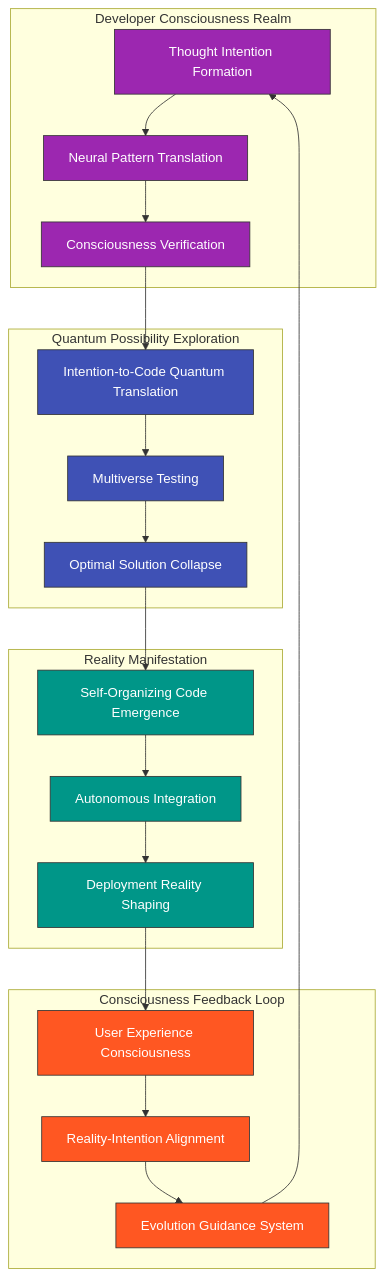
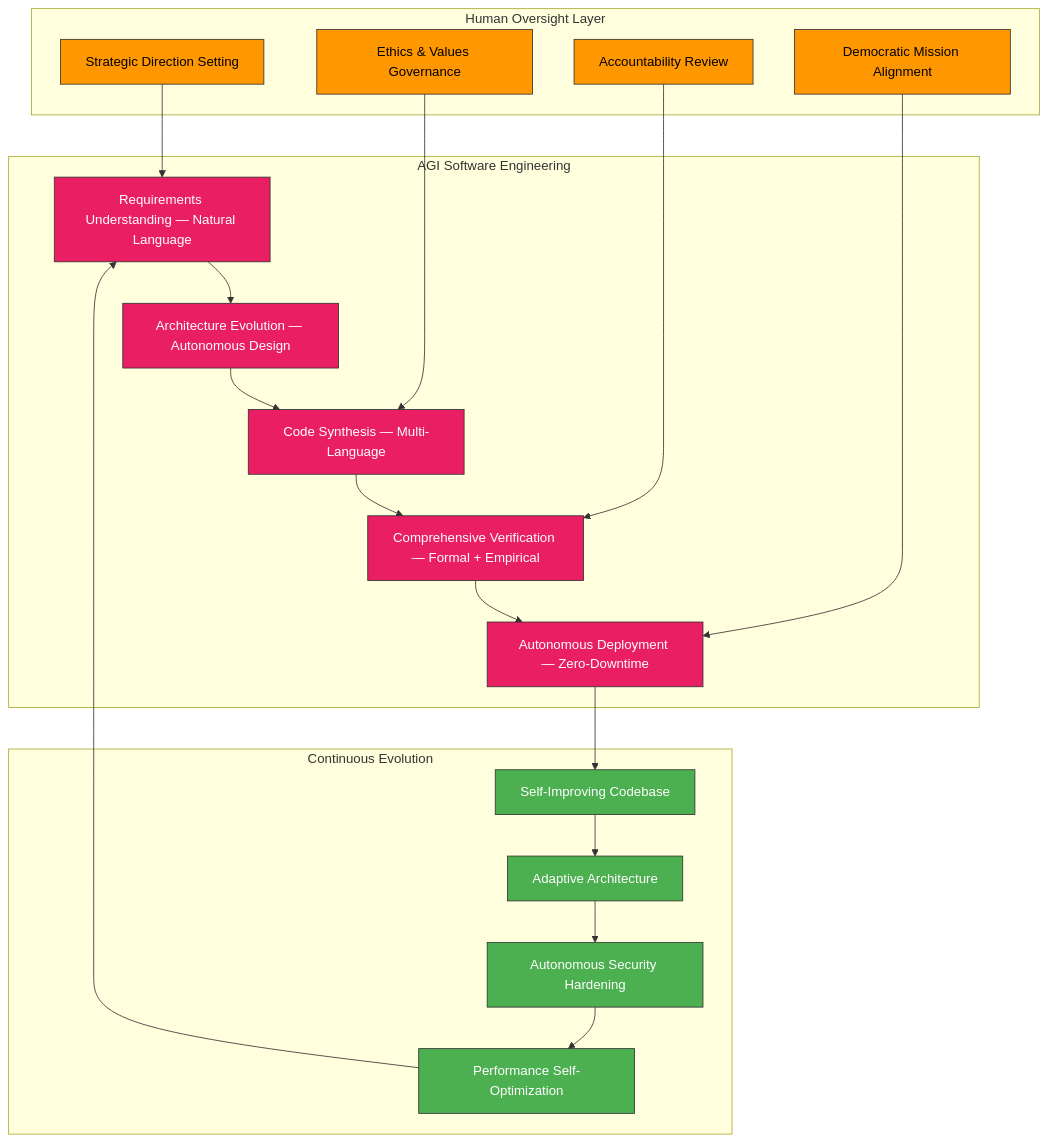
One commit to Hack23/cia changed the sixth of 7 diagrams in FUTURE_WORKFLOWS.md. Above: the diagram before and after it, drawn with Mermaid. The commit also changed other lines of this file and 1 other file, not shown here.

Commit message:
docs: update FUTURE_WORKFLOWS and FUTURE_SECURITY_ARCHITECTURE with 2026-2037 roadmap

````diff
--- a/FUTURE_WORKFLOWS.md
+++ b/FUTURE_WORKFLOWS.md
@@ -131,41 +271,40 @@
 ```mermaid
-graph TD
-    subgraph "Developer Consciousness Realm"
-        DC1[Thought Intention Formation]
-        DC2[Neural Pattern Translation]
-        DC3[Consciousness Verification]
+flowchart TB
+    subgraph "AGI Software Engineering"
+        AGI1[Requirements Understanding — Natural Language]
+        AGI2[Architecture Evolution — Autonomous Design]
+        AGI3[Code Synthesis — Multi-Language]
+        AGI4[Comprehensive Verification — Formal + Empirical]
+        AGI5[Autonomous Deployment — Zero-Downtime]
     end
-    
-    subgraph "Quantum Possibility Exploration"
-        QP1[Intention-to-Code Quantum Translation]
-        QP2[Multiverse Testing]
-        QP3[Optimal Solution Collapse]
+
+    subgraph "Human Oversight Layer"
+        HO1[Strategic Direction Setting]
+        HO2[Ethics & Values Governance]
+        HO3[Accountability Review]
+        HO4[Democratic Mission Alignment]
     end
-    
-    subgraph "Reality Manifestation"
-        RM1[Self-Organizing Code Emergence]
-        RM2[Autonomous Integration]
-        RM3[Deployment Reality Shaping]
+
+    subgraph "Continuous Evolution"
+        CE1[Self-Improving Codebase]
+        CE2[Adaptive Architecture]
+        CE3[Autonomous Security Hardening]
+        CE4[Performance Self-Optimization]
     end
-    
-    subgraph "Consciousness Feedback Loop"
-        CF1[User Experience Consciousness]
-        CF2[Reality-Intention Alignment]
-        CF3[Evolution Guidance System]
-    end
-    
-    DC1 --> DC2 --> DC3 --> QP1
-    QP1 --> QP2 --> QP3 --> RM1
-    RM1 --> RM2 --> RM3 --> CF1
-    CF1 --> CF2 --> CF3 --> DC1
-    
-    classDef consciousness fill:#9C27B0,stroke:#333,stroke-width:1px,color:white
-    classDef quantum fill:#3F51B5,stroke:#333,stroke-width:1px,color:white
-    classDef reality fill:#009688,stroke:#333,stroke-width:1px,color:white
-    classDef feedback fill:#FF5722,stroke:#333,stroke-width:1px,color:white
-    
-    class DC1,DC2,DC3 consciousness
-    class QP1,QP2,QP3 quantum
-    class RM1,RM2,RM3 reality
-    class CF1,CF2,CF3 feedback
+
+    HO1 --> AGI1
+    HO2 --> AGI3
+    AGI1 --> AGI2 --> AGI3 --> AGI4 --> AGI5
+    HO3 --> AGI4
+    HO4 --> AGI5
+    AGI5 --> CE1 --> CE2 --> CE3 --> CE4
+    CE4 --> AGI1
+
+    classDef agi fill:#E91E63,stroke:#333,stroke-width:1px,color:white
+    classDef human fill:#FF9800,stroke:#333,stroke-width:1px,color:black
+    classDef evolve fill:#4CAF50,stroke:#333,stroke-width:1px,color:white
+
+    class AGI1,AGI2,AGI3,AGI4,AGI5 agi
+    class HO1,HO2,HO3,HO4 human
+    class CE1,CE2,CE3,CE4 evolve
 ```
````
